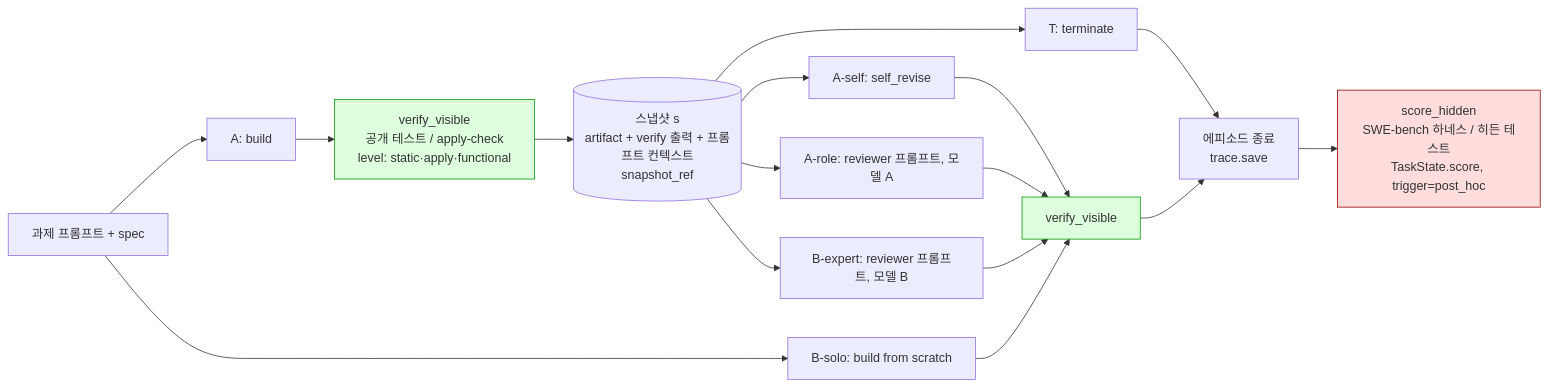
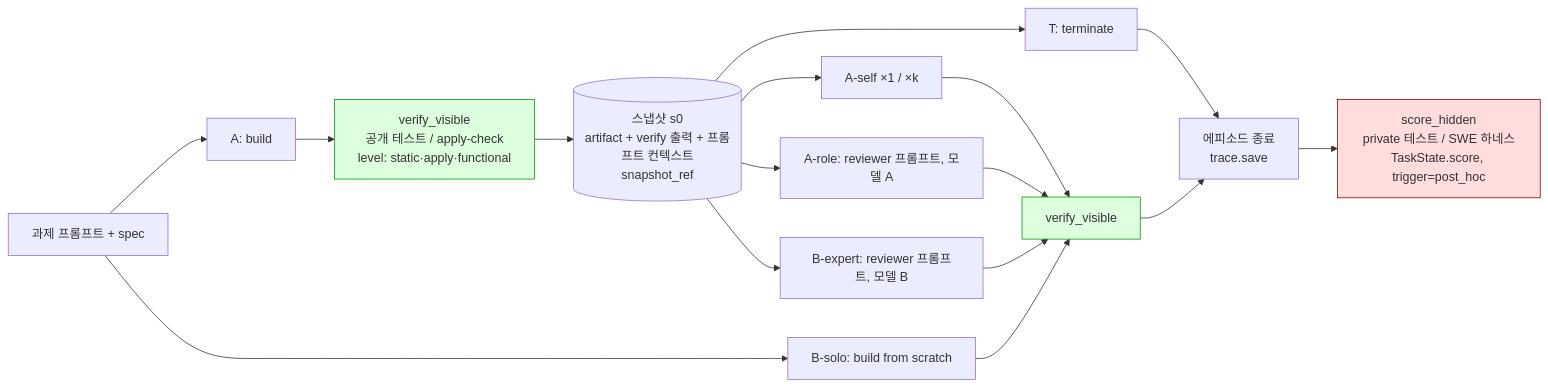
One commit to Kevin0424Lee/Harmonet changed the diagram in docs/week2_design_draft.md. Above: the diagram before and after it, drawn with Mermaid. The commit also changed other lines of this file and 2 other files, not shown here.

````diff
--- a/docs/week2_design_draft.md
+++ b/docs/week2_design_draft.md
@@ -76,21 +86,21 @@
 ```mermaid
 flowchart LR
     P[과제 프롬프트 + spec] --> A0[A: build]
     A0 --> VV[verify_visible<br/>공개 테스트 / apply-check<br/>level: static·apply·functional]
-    VV --> S[(스냅샷 s<br/>artifact + verify 출력 + 프롬프트 컨텍스트<br/>snapshot_ref)]
+    VV --> S[(스냅샷 s0<br/>artifact + verify 출력 + 프롬프트 컨텍스트<br/>snapshot_ref)]
     S --> T[T: terminate]
-    S --> AS[A-self: self_revise]
+    S --> AS[A-self ×1 / ×k]
     S --> AR[A-role: reviewer 프롬프트, 모델 A]
     S --> BE[B-expert: reviewer 프롬프트, 모델 B]
     P --> BS[B-solo: build from scratch]
     AS --> VV2[verify_visible]
     AR --> VV2
     BE --> VV2
     BS --> VV2
     T --> END[에피소드 종료<br/>trace.save]
     VV2 --> END
-    END --> SH[score_hidden<br/>SWE-bench 하네스 / 히든 테스트<br/>TaskState.score, trigger=post_hoc]
+    END --> SH[score_hidden<br/>private 테스트 / SWE 하네스<br/>TaskState.score, trigger=post_hoc]
     style SH fill:#fdd,stroke:#900
     style VV fill:#dfd,stroke:#090
     style VV2 fill:#dfd,stroke:#090
 ```
````
